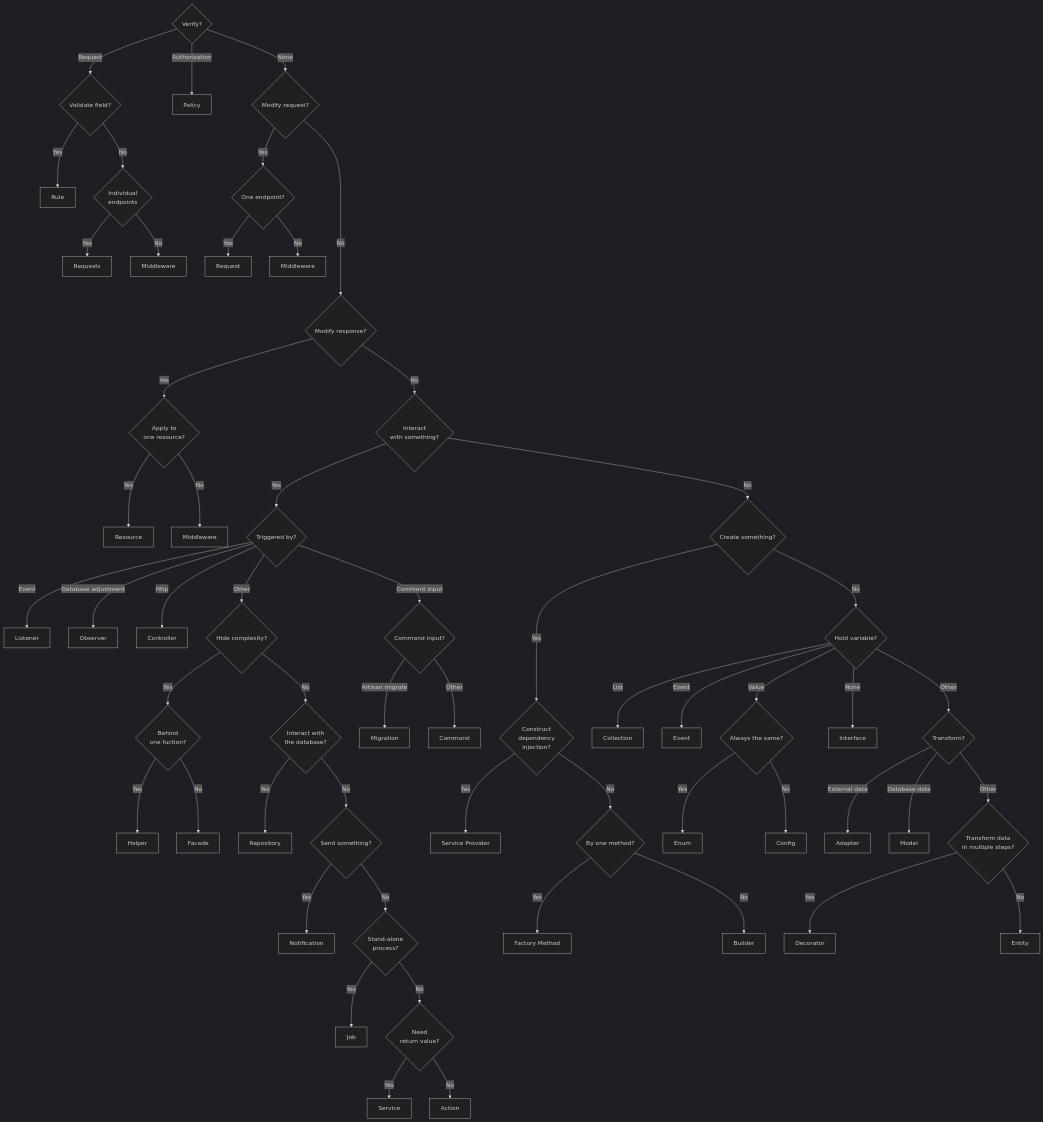
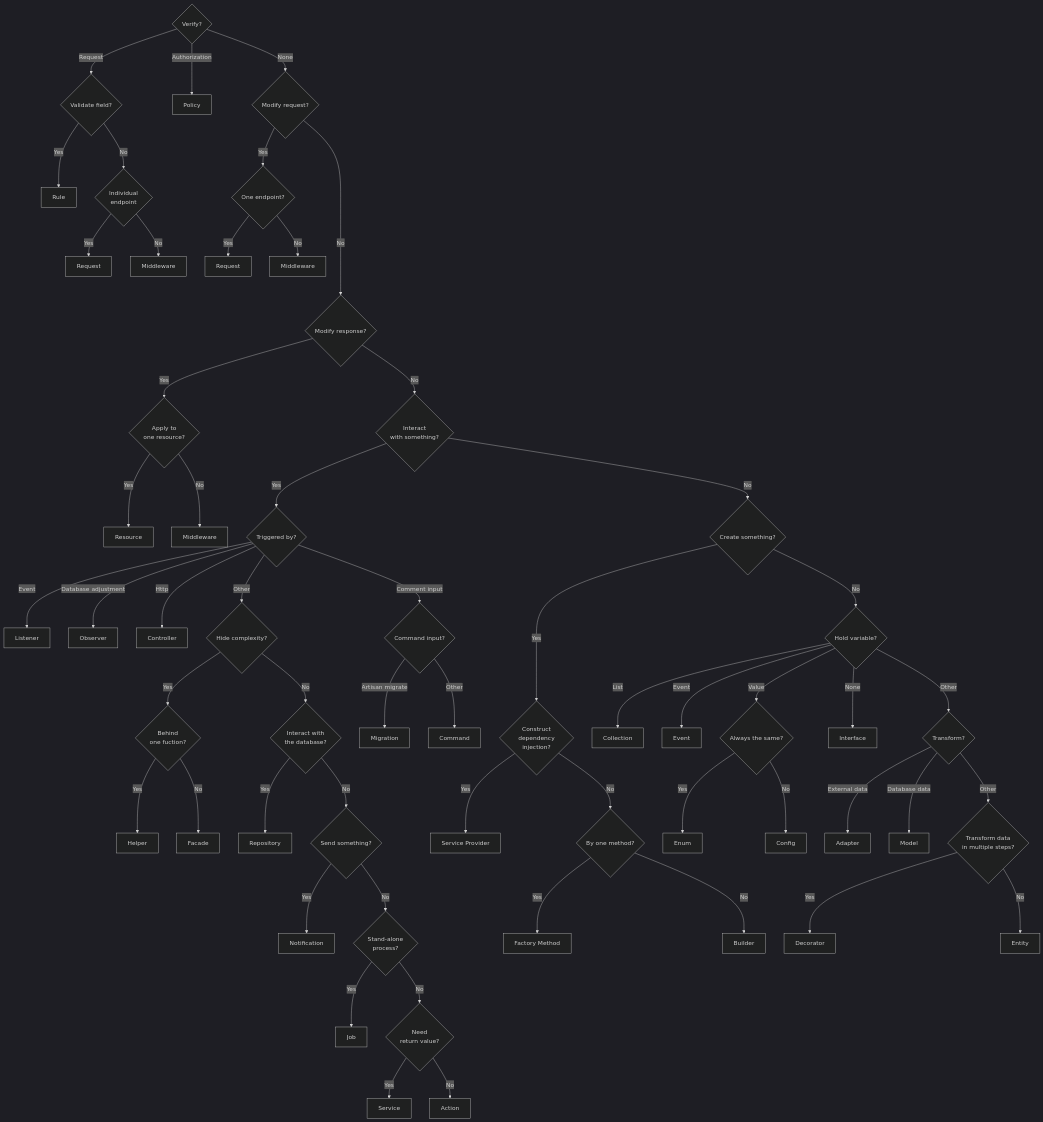
The diagram in readme.md (reindert-vetter/pattern-decision-tree), drawn with Mermaid (dark theme) before and after one commit. The commit also changed other lines of this file, not shown here.

````diff
--- a/readme.md
+++ b/readme.md
@@ -1,67 +3,67 @@
 ```mermaid
 flowchart TB
     verify{Verify?}
     verify --> |Request| validate_field{"Validate field?"}
-    validate_field --> |Yes| 21[Rule]
-    validate_field --> |No|individual{Individual \n endpoints}
-    individual --> |Yes| 11[Requests]
-    individual --> |No| 22[Middleware]
-    verify --> |Authorization| 68[Policy]
+    validate_field --> |Yes| rule[Rule]
+    validate_field --> |No|individual{Individual \n endpoint}
+    individual --> |Yes| request1[Request]
+    individual --> |No| middleware1[Middleware]
+    verify --> |Authorization| policy[Policy]
 
     verify --> |None| modify_request{Modify request?}
     modify_request --> |Yes| one_endoint{One endpoint?}
-    one_endoint --> |Yes| 20[Request]
-    one_endoint --> |No| 4323[Middleware]
-
+    one_endoint --> |Yes| request2[Request]
+    one_endoint --> |No| middleware2[Middleware]
     
     modify_request ----> |No| modify_response{Modify response?}
     modify_response --> |Yes| one_resource{"Apply to \n one resource?"}
     one_resource --> |Yes| resource[Resource]
-    one_resource --> |No| 30[Middleware]
+    one_resource --> |No| middleware3[Middleware]
 
     modify_response --> |No| interact_with_something{Interact \n with something?}
     interact_with_something --> |Yes| triggered_by{"Triggered by?"}
-    triggered_by --> |Event| 987[Listener]
-    triggered_by --> |Database adjustment| 432[Observer]
-    triggered_by --> |Http| 76[Controller]
+    triggered_by --> |Event| listener[Listener]
+    triggered_by --> |Database adjustment| observer[Observer]
+    triggered_by --> |Http| controller[Controller]
+
     triggered_by --> |Other| hide_complexity{"Hide complexity?"}
     hide_complexity --> |Yes| behind_one_function{"Behind \n one fuction?"}
     triggered_by --> |Comment input| command_input{Command input?}
-    command_input --> |Artisan migrate| 08[Migration]
-    command_input --> |Other| 325[Command]
+    command_input --> |Artisan migrate| migration[Migration]
+    command_input --> |Other| command[Command]
 
-    behind_one_function --> |Yes| 321[Helper]
-    behind_one_function --> |No| 323[Facade]
+    behind_one_function --> |Yes| helper[Helper]
+    behind_one_function --> |No| facade[Facade]
     hide_complexity --> |No| interact_with_database{"Interact with \n the database?"}
-    interact_with_database --> |Yes| 90[Repository]
+    interact_with_database --> |Yes| repository[Repository]
 
     interact_with_database --> |No| send_something{Send something?}
-    send_something --> |Yes| 542[Notification]
+    send_something --> |Yes| notification[Notification]
      
     send_something --> |No| stand_alone_process{Stand-alone \n process?}
-    stand_alone_process --> |Yes| 234[Job]
+    stand_alone_process --> |Yes| job[Job]
     stand_alone_process --> |No| need_return_value{Need \n return value?}
-    need_return_value --> |Yes| 99[Service]
-    need_return_value --> |No| 999[Action]
+    need_return_value --> |Yes| service[Service]
+    need_return_value --> |No| action[Action]
     
     interact_with_something --> |No| create_something{Create something?}
     create_something ---> |Yes| construct_dependency{Construct \n dependency \n injection?}
-    construct_dependency --> |Yes| 876[Service Provider]
+    construct_dependency --> |Yes| service_provider[Service Provider]
     construct_dependency --> |No| by_one_method{By one method?}
-    by_one_method --> |Yes| 40[Factory Method]
-    by_one_method --> |No| 41[Builder]
+    by_one_method --> |Yes| factory_method[Factory Method]
+    by_one_method --> |No| builder[Builder]
     create_something --> |No| hold_variable{Hold variable?}
-    hold_variable --> |List| 49[Collection]
-    hold_variable --> |Event| 598[Event]
+    hold_variable --> |List| collection[Collection]
+    hold_variable --> |Event| event[Event]
     hold_variable --> |Value| dates_are_always_the_same{"Always the same?"}
-    hold_variable --> |None| 382[Interface]
-    dates_are_always_the_same --> |Yes| 8[Enum]
-    dates_are_always_the_same --> |No| 9[Config]
+    hold_variable --> |None| interface[Interface]
+    dates_are_always_the_same --> |Yes| enum[Enum]
+    dates_are_always_the_same --> |No| config[Config]
 
     hold_variable --> |Other| transform{"Transform?"}
-    transform --> |External data| 5[Adapter]
-    transform --> |Database data| 6[Model]
+    transform --> |External data| adapter[Adapter]
+    transform --> |Database data| model[Model]
     transform --> |Other| transform_data_in_multiple_steps{"Transform data \n in multiple steps?"}
-    transform_data_in_multiple_steps --> |Yes| 14[Decorator]
-    transform_data_in_multiple_steps --> |No| 15[Entity]
+    transform_data_in_multiple_steps --> |Yes| decorator[Decorator]
+    transform_data_in_multiple_steps --> |No| entity[Entity]
  ```
````
